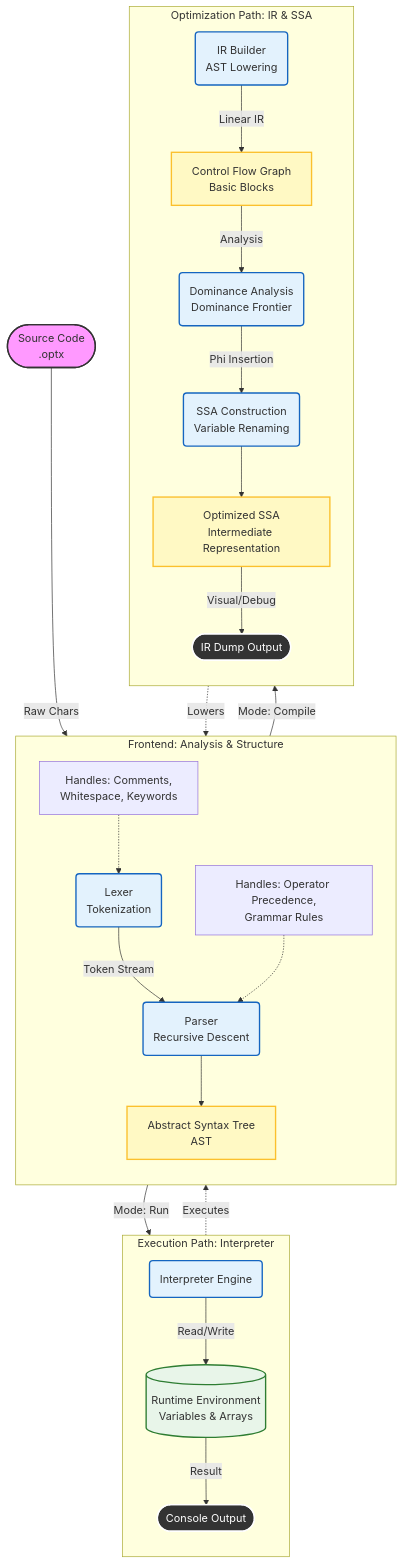
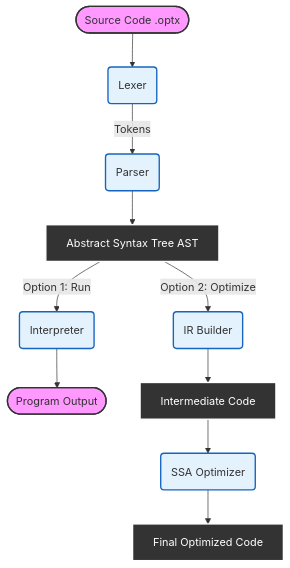
The first of 4 diagrams in flowchart.md (AdityaPandey-DEV/Optimix-Compiler), drawn with Mermaid before and after one commit. The commit also changed other lines of this file, not shown here.

Commit message:
Add flowchart.md with architecture overview

````diff
--- a/flowchart.md
+++ b/flowchart.md
@@ -21,60 +16,27 @@
 ```mermaid
 graph TD
     %% Styling
     classDef input fill:#f9f,stroke:#333,stroke-width:2px;
     classDef process fill:#e3f2fd,stroke:#1565c0,stroke-width:2px;
-    classDef artifact fill:#fff9c4,stroke:#fbc02d,stroke-width:2px;
-    classDef store fill:#e8f5e9,stroke:#2e7d32,stroke-width:2px;
     classDef output fill:#333,stroke:#fff,stroke-width:2px,color:#fff;
 
-    %% 1. Source Input
-    Source([Source Code\n.optx]) -->|Raw Chars| Lexer
-    class Source input
+    %% Main Flow
+    Input([Source Code .optx]) --> Lexer(Lexer)
+    Lexer -->|Tokens| Parser(Parser)
+    Parser --> AST[Abstract Syntax Tree AST]
+    
+    %% Split
+    AST -->|Option 1: Run| Interpreter(Interpreter)
+    AST -->|Option 2: Optimize| IRBuilder(IR Builder)
+    
+    Interpreter --> Output([Program Output])
+    
+    IRBuilder --> IR[Intermediate Code]
+    IR --> SSA(SSA Optimizer)
+    SSA --> OptIR[Final Optimized Code]
 
-    %% 2. Frontend Subsystem
-    subgraph Frontend [Frontend: Analysis & Structure]
-        direction TB
-        Lexer(Lexer\nTokenization) -->|Token Stream| Parser(Parser\nRecursive Descent)
-        Parser --> AST[Abstract Syntax Tree\nAST]
-        
-        note1[Handles: Comments,\nWhitespace, Keywords] -.-> Lexer
-        note2[Handles: Operator Precedence,\nGrammar Rules] -.-> Parser
-    end
-    class Lexer,Parser process
-    class AST artifact
-
-    %% Branching point
-    AST -->|Mode: Run| InterpreterPath
-    AST -->|Mode: Compile| CompilerPath
-
-    %% 3. Interpreter Subsystem
-    subgraph InterpreterPath [Execution Path: Interpreter]
-        direction TB
-        Interpreter(Interpreter Engine)
-        Interpreter -->|Read/Write| Env[(Runtime Environment\nVariables & Arrays)]
-        Env -->|Result| Output1([Console Output])
-    end
-    class Interpreter process
-    class Env store
-    class Output1 output
-
-    %% 4. Compiler & Optimization Subsystem
-    subgraph CompilerPath [Optimization Path: IR & SSA]
-        direction TB
-        IRBuilder(IR Builder\nAST Lowering) -->|Linear IR| CFG[Control Flow Graph\nBasic Blocks]
-        
-        CFG -->|Analysis| Dominance(Dominance Analysis\nDominance Frontier)
-        Dominance -->|Phi Insertion| SSAPass(SSA Construction\nVariable Renaming)
-        
-        SSAPass --> OptimizedIR[Optimized SSA\nIntermediate Representation]
-        
-        OptimizedIR -->|Visual/Debug| Output2([IR Dump Output])
-    end
-    class IRBuilder,Dominance,SSAPass process
-    class CFG,OptimizedIR artifact
-    class Output2 output
-
-    %% Relationships
-    Interpreter -.->|Executes| AST
-    IRBuilder -.->|Lowers| AST
+    %% Classes
+    class Input,Output input;
+    class Lexer,Parser,Interpreter,IRBuilder,SSA process;
+    class AST,IR,OptIR output;
 ```
````
